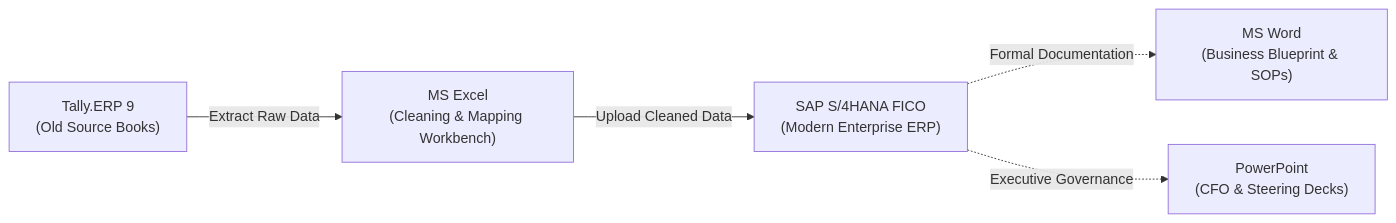
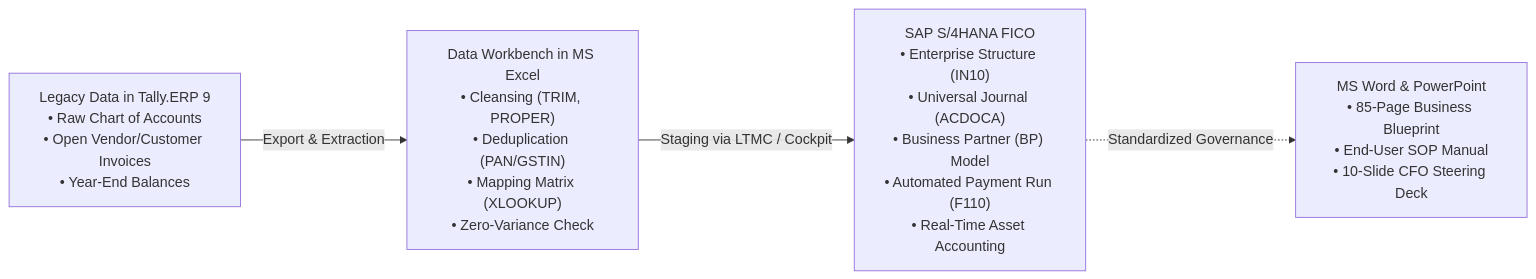
The diagram in README.md (yakobu1122/Financial-System-Modernization-S-4HANA-Greenfield-Implementation), drawn with Mermaid before and after one commit. The commit also changed other lines of this file, not shown here.

Commit message:
Refactor README: Candidate first-person implementation report, methodology, and business impact

````diff
--- a/README.md
+++ b/README.md
@@ -40,7 +38,7 @@
 ```mermaid
 flowchart LR
-    A["Tally.ERP 9\n(Old Source Books)"] -->|"Extract Raw Data"| B["MS Excel\n(Cleaning & Mapping Workbench)"]
-    B -->|"Upload Cleaned Data"| C["SAP S/4HANA FICO\n(Modern Enterprise ERP)"]
-    C -.->|"Formal Documentation"| D["MS Word\n(Business Blueprint & SOPs)"]
-    C -.->|"Executive Governance"| E["PowerPoint\n(CFO & Steering Decks)"]
+    A["Legacy Data in Tally.ERP 9\n• Raw Chart of Accounts\n• Open Vendor/Customer Invoices\n• Year-End Balances"] 
+    -->|"Export & Extraction"| B["Data Workbench in MS Excel\n• Cleansing (TRIM, PROPER)\n• Deduplication (PAN/GSTIN)\n• Mapping Matrix (XLOOKUP)\n• Zero-Variance Check"]
+    B -->|"Staging via LTMC / Cockpit"| C["SAP S/4HANA FICO\n• Enterprise Structure (IN10)\n• Universal Journal (ACDOCA)\n• Business Partner (BP) Model\n• Automated Payment Run (F110)\n• Real-Time Asset Accounting"]
+    C -.->|"Standardized Governance"| D["MS Word & PowerPoint\n• 85-Page Business Blueprint\n• End-User SOP Manual\n• 10-Slide CFO Steering Deck"]
 ```
````
